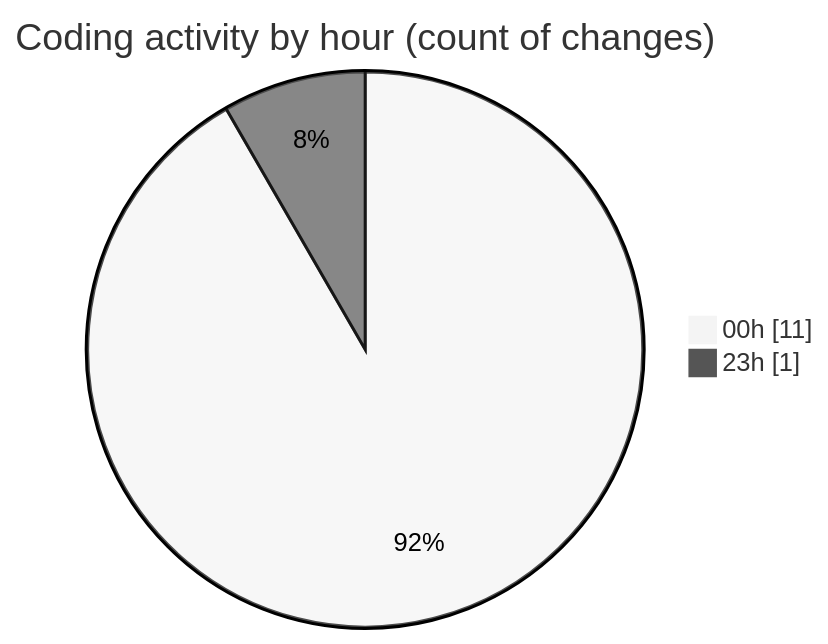
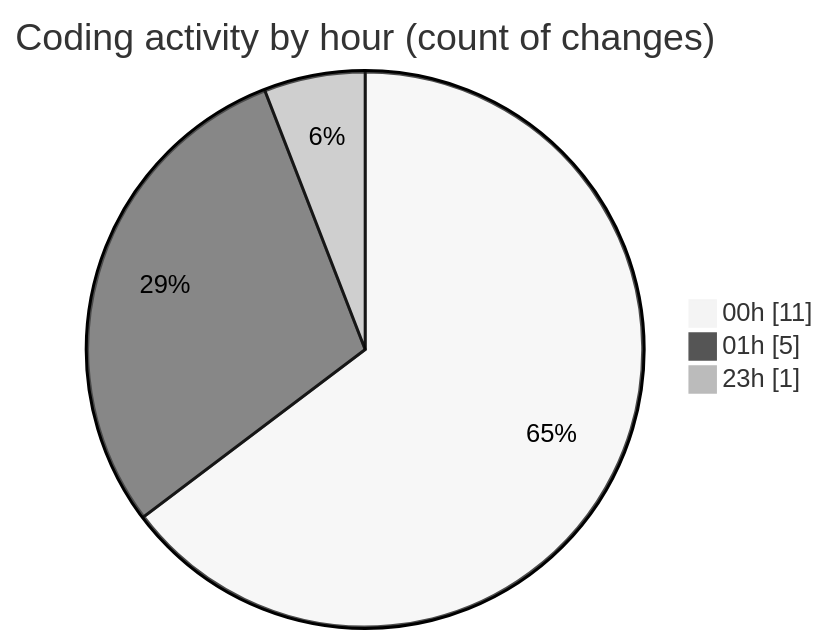
One commit to lephambinh05/code-tracking changed the second of 2 diagrams in 2025-07-18/nhahang/README.md. Above: the diagram before and after it, drawn with Mermaid (neutral theme). The commit also changed other lines of this file and 1 other file, not shown here.

````diff
--- a/2025-07-18/nhahang/README.md
+++ b/2025-07-18/nhahang/README.md
@@ -35,6 +40,7 @@
 ```mermaid
 pie showData
 title Coding activity by hour (count of changes)
 "00h" : 11
+"01h" : 5
 "23h" : 1
 ```
````
